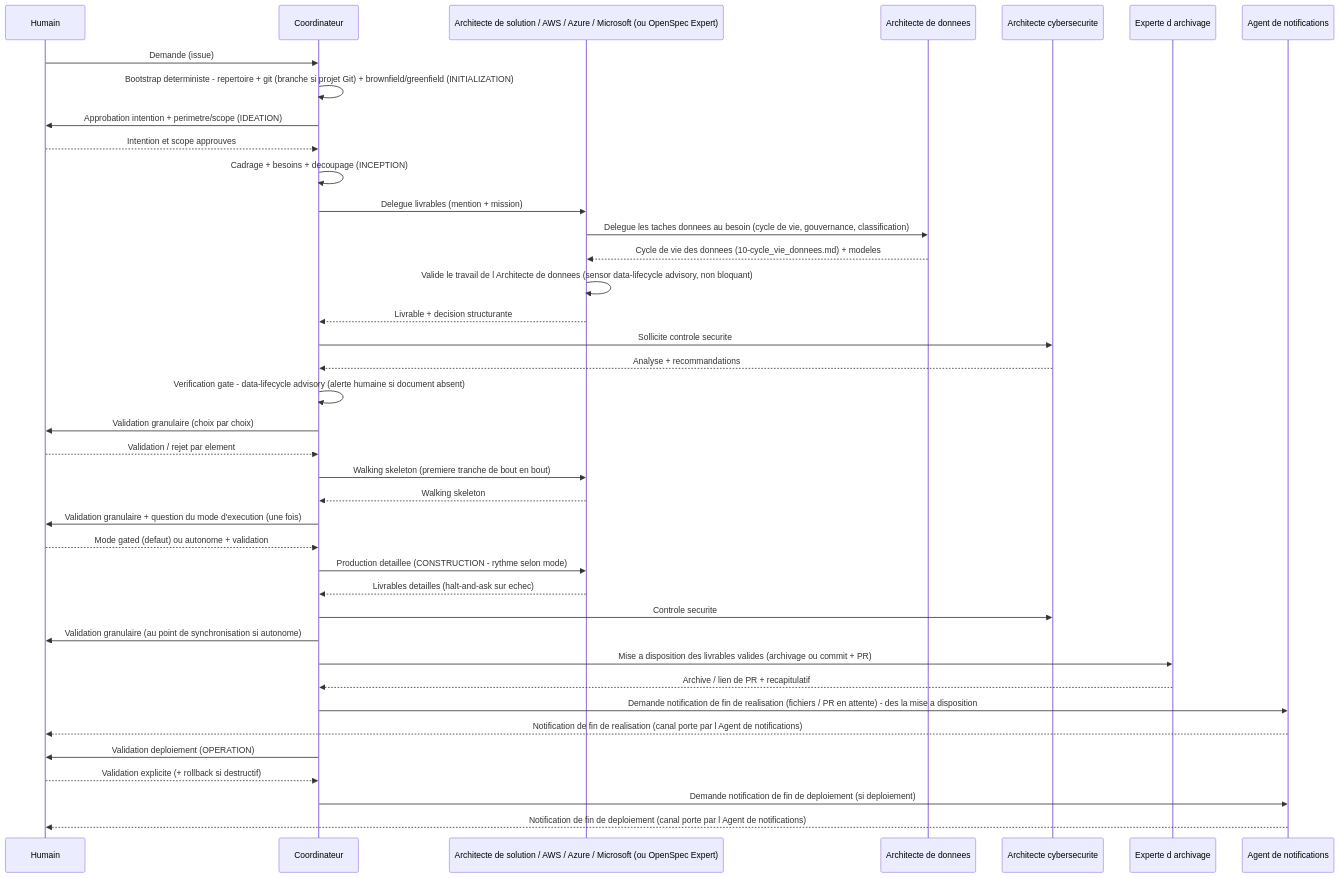
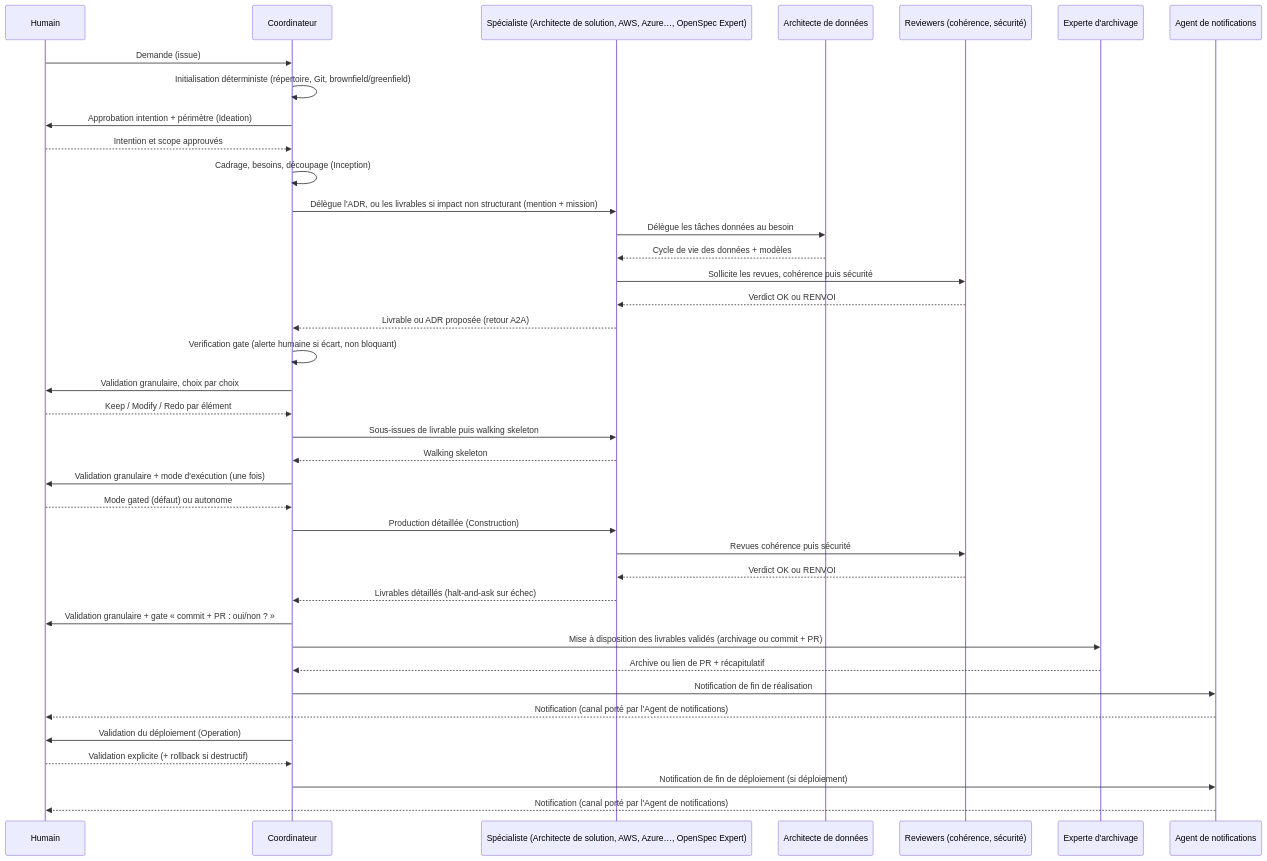
One commit to Gsyltc/homelab-portfolio changed the second of 2 diagrams in core/common/conductor.md. Above: the diagram before and after it, drawn with Mermaid.

Commit message:
docs(core): mettre à jour le diagramme A2A du conductor (accents, ADR, revues, gate PR) (HOM-282)

````diff
--- a/core/common/conductor.md
+++ b/core/common/conductor.md
@@ -270,42 +270,42 @@
 ```mermaid
 sequenceDiagram
     participant H as Humain
     participant S as Coordinateur
-    participant A as Architecte de solution / AWS / Azure / Microsoft (ou OpenSpec Expert)
-    participant D as Architecte de donnees
-    participant X as Architecte cybersecurite
-    participant N as Experte d archivage
+    participant A as Spécialiste (Architecte de solution, AWS, Azure…, OpenSpec Expert)
+    participant D as Architecte de données
+    participant R as Reviewers (cohérence, sécurité)
+    participant N as Experte d'archivage
     participant AL as Agent de notifications
 
     H->>S: Demande (issue)
-    S->>S: Bootstrap deterministe - repertoire + git (branche si projet Git) + brownfield/greenfield (INITIALIZATION)
-    S->>H: Approbation intention + perimetre/scope (IDEATION)
-    H-->>S: Intention et scope approuves
-    S->>S: Cadrage + besoins + decoupage (INCEPTION)
-    S->>A: Delegue livrables (mention + mission)
-    A->>D: Delegue les taches donnees au besoin (cycle de vie, gouvernance, classification)
-    D-->>A: Cycle de vie des donnees (10-cycle_vie_donnees.md) + modeles
-    A->>A: Valide le travail de l Architecte de donnees (sensor data-lifecycle advisory, non bloquant)
-    A-->>S: Livrable + decision structurante
-    S->>X: Sollicite controle securite
-    X-->>S: Analyse + recommandations
-    S->>S: Verification gate - data-lifecycle advisory (alerte humaine si document absent)
-    S->>H: Validation granulaire (choix par choix)
-    H-->>S: Validation / rejet par element
-    S->>A: Walking skeleton (premiere tranche de bout en bout)
+    S->>S: Initialisation déterministe (répertoire, Git, brownfield/greenfield)
+    S->>H: Approbation intention + périmètre (Ideation)
+    H-->>S: Intention et scope approuvés
+    S->>S: Cadrage, besoins, découpage (Inception)
+    S->>A: Délègue l'ADR, ou les livrables si impact non structurant (mention + mission)
+    A->>D: Délègue les tâches données au besoin
+    D-->>A: Cycle de vie des données + modèles
+    A->>R: Sollicite les revues, cohérence puis sécurité
+    R-->>A: Verdict OK ou RENVOI
+    A-->>S: Livrable ou ADR proposée (retour A2A)
+    S->>S: Verification gate (alerte humaine si écart, non bloquant)
+    S->>H: Validation granulaire, choix par choix
+    H-->>S: Keep / Modify / Redo par élément
+    S->>A: Sous-issues de livrable puis walking skeleton
     A-->>S: Walking skeleton
-    S->>H: Validation granulaire + question du mode d'execution (une fois)
-    H-->>S: Mode gated (defaut) ou autonome + validation
-    S->>A: Production detaillee (CONSTRUCTION - rythme selon mode)
-    A-->>S: Livrables detailles (halt-and-ask sur echec)
-    S->>X: Controle securite
-    S->>H: Validation granulaire (au point de synchronisation si autonome)
-    S->>N: Mise a disposition des livrables valides (archivage ou commit + PR)
-    N-->>S: Archive / lien de PR + recapitulatif
-    S->>AL: Demande notification de fin de realisation (fichiers / PR en attente) - des la mise a disposition
-    AL-->>H: Notification de fin de realisation (canal porte par l Agent de notifications)
-    S->>H: Validation deploiement (OPERATION)
+    S->>H: Validation granulaire + mode d'exécution (une fois)
+    H-->>S: Mode gated (défaut) ou autonome
+    S->>A: Production détaillée (Construction)
+    A->>R: Revues cohérence puis sécurité
+    R-->>A: Verdict OK ou RENVOI
+    A-->>S: Livrables détaillés (halt-and-ask sur échec)
+    S->>H: Validation granulaire + gate « commit + PR : oui/non ? »
+    S->>N: Mise à disposition des livrables validés (archivage ou commit + PR)
+    N-->>S: Archive ou lien de PR + récapitulatif
+    S->>AL: Notification de fin de réalisation
+    AL-->>H: Notification (canal porté par l'Agent de notifications)
+    S->>H: Validation du déploiement (Operation)
     H-->>S: Validation explicite (+ rollback si destructif)
-    S->>AL: Demande notification de fin de deploiement (si deploiement)
-    AL-->>H: Notification de fin de deploiement (canal porte par l Agent de notifications)
+    S->>AL: Notification de fin de déploiement (si déploiement)
+    AL-->>H: Notification (canal porté par l'Agent de notifications)
 ```
````
